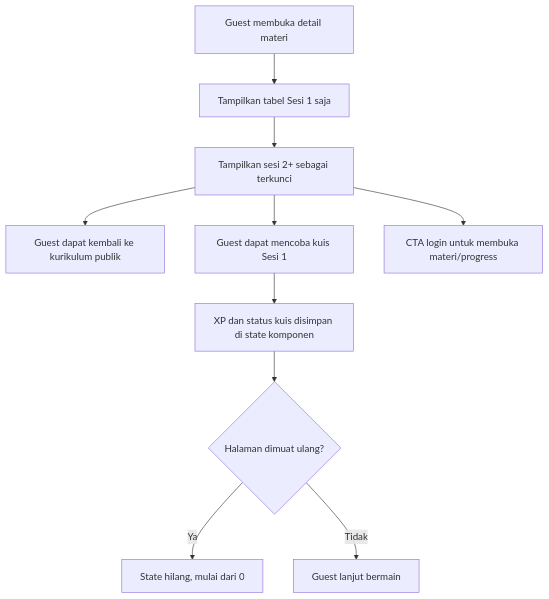
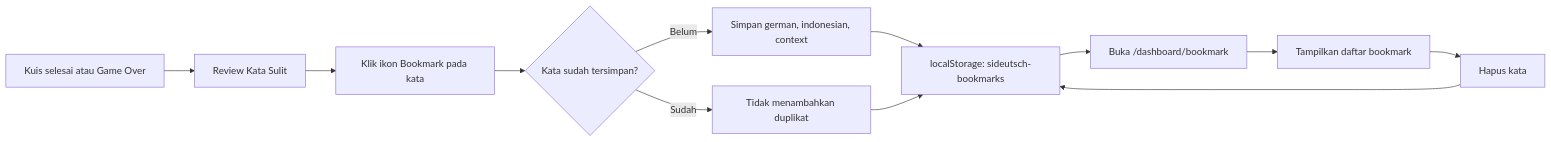
One commit to nandayudhistirawibowo/NdUniverse changed the third of 6 diagrams in FLOWCHART.md. Above: the diagram before and after it, drawn with Mermaid. The commit also changed other lines of this file and 10 other files, not shown here.

Commit message:
feat: generalisasi login (auto-signup untuk umum), fitur Career, Bookmark, dan update dokumentasi

````diff
--- a/FLOWCHART.md
+++ b/FLOWCHART.md
@@ -65,12 +68,14 @@
 ```mermaid
-flowchart TD
-    A[Guest membuka detail materi] --> B[Tampilkan tabel Sesi 1 saja]
-    B --> C[Tampilkan sesi 2+ sebagai terkunci]
-    C --> D[Guest dapat kembali ke kurikulum publik]
-    C --> E[Guest dapat mencoba kuis Sesi 1]
-    E --> F[XP dan status kuis disimpan di state komponen]
-    F --> G{Halaman dimuat ulang?}
-    G -->|Ya| H[State hilang, mulai dari 0]
-    G -->|Tidak| I[Guest lanjut bermain]
-    C --> J[CTA login untuk membuka materi/progress]
+flowchart LR
+    A[Kuis selesai atau Game Over] --> B[Review Kata Sulit]
+    B --> C[Klik ikon Bookmark pada kata]
+    C --> D{Kata sudah tersimpan?}
+    D -->|Belum| E[Simpan german, indonesian, context]
+    D -->|Sudah| F[Tidak menambahkan duplikat]
+    E --> G[localStorage: sideutsch-bookmarks]
+    F --> G
+    G --> H[Buka /dashboard/bookmark]
+    H --> I[Tampilkan daftar bookmark]
+    I --> J[Hapus kata]
+    J --> G
 ```
````
